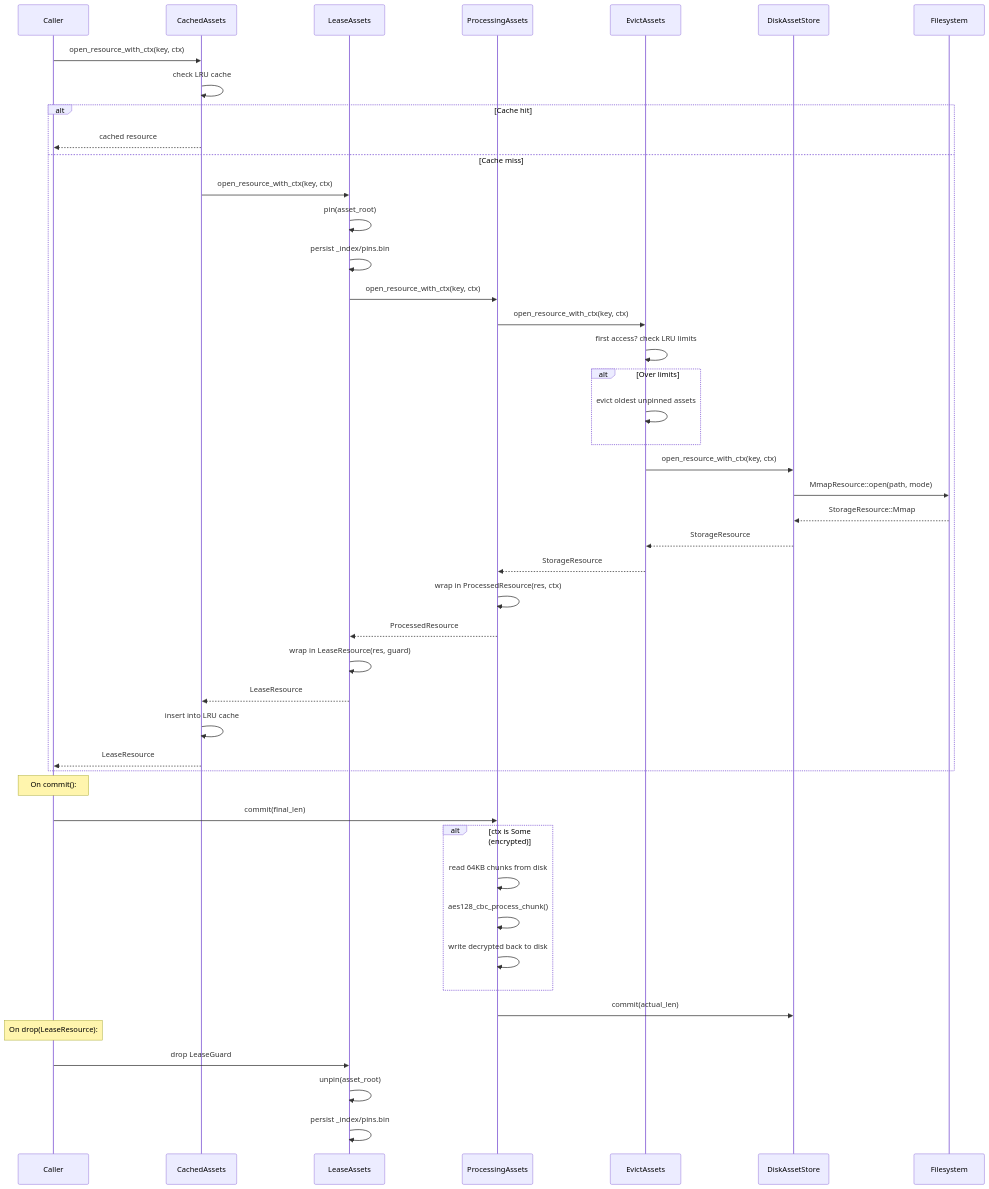
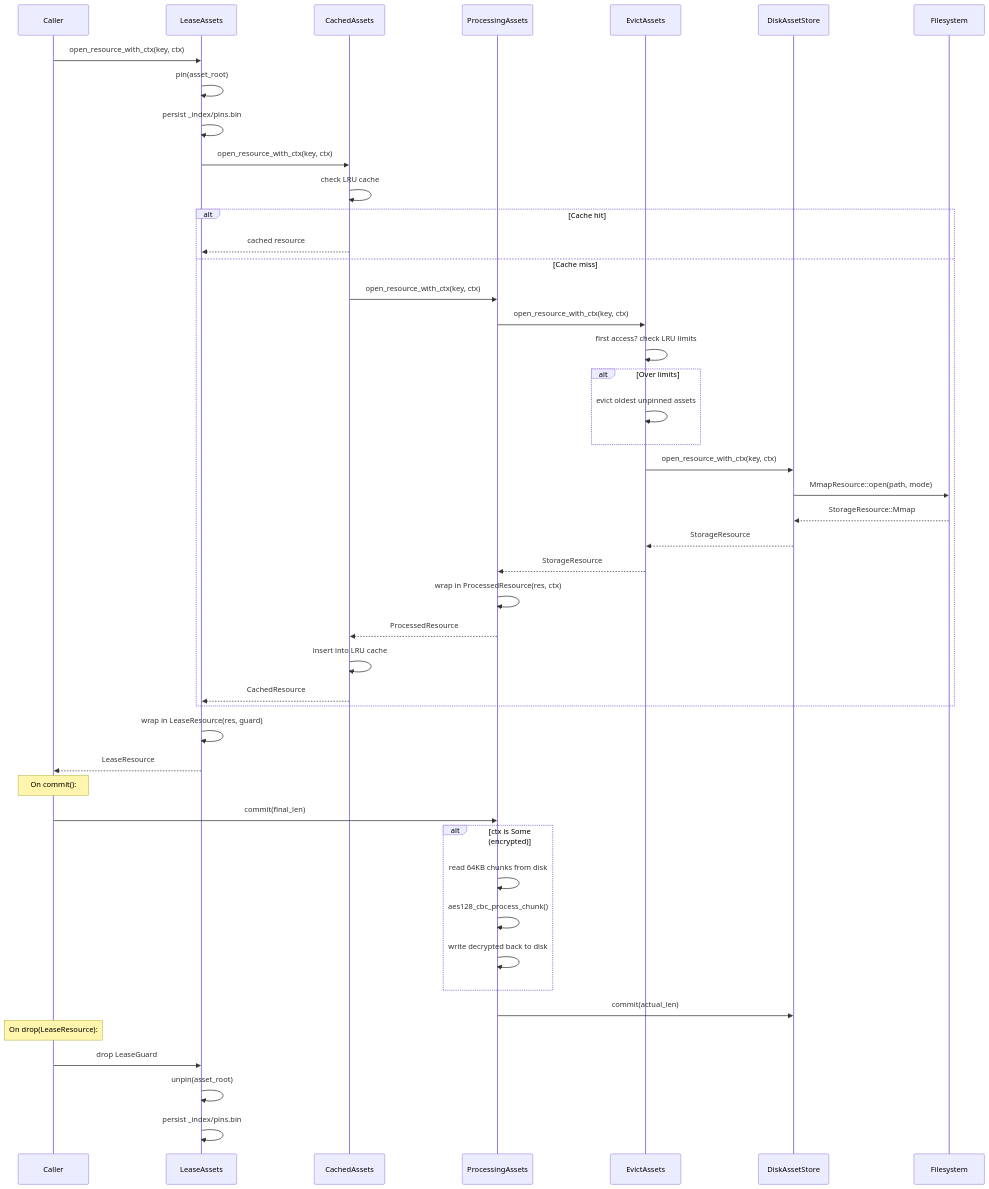
Before and after one commit to zvuk/kithara: the diagram in crates/kithara-assets/CONTEXT.md, drawn with Mermaid. The commit also changed other lines of this file and 303 other files, not shown here.

````diff
--- a/crates/kithara-assets/CONTEXT.md
+++ b/crates/kithara-assets/CONTEXT.md
@@ -43,51 +43,51 @@
 ```mermaid
 sequenceDiagram
     participant Caller
+    participant Lease as LeaseAssets
     participant Cache as CachedAssets
-    participant Lease as LeaseAssets
     participant Proc as ProcessingAssets
     participant Evict as EvictAssets
     participant Disk as DiskAssetStore
     participant FS as Filesystem
 
-    Caller->>Cache: open_resource_with_ctx(key, ctx)
+    Caller->>Lease: open_resource_with_ctx(key, ctx)
+    Lease->>Lease: pin(asset_root)
+    Lease->>Lease: persist _index/pins.bin
+    Lease->>Cache: open_resource_with_ctx(key, ctx)
     Cache->>Cache: check LRU cache
     alt Cache hit
-        Cache-->>Caller: cached resource
+        Cache-->>Lease: cached resource
     else Cache miss
-        Cache->>Lease: open_resource_with_ctx(key, ctx)
-        Lease->>Lease: pin(asset_root)
-        Lease->>Lease: persist _index/pins.bin
-        Lease->>Proc: open_resource_with_ctx(key, ctx)
+        Cache->>Proc: open_resource_with_ctx(key, ctx)
         Proc->>Evict: open_resource_with_ctx(key, ctx)
         Evict->>Evict: first access? check LRU limits
         alt Over limits
             Evict->>Evict: evict oldest unpinned assets
         end
         Evict->>Disk: open_resource_with_ctx(key, ctx)
         Disk->>FS: MmapResource::open(path, mode)
         FS-->>Disk: StorageResource::Mmap
         Disk-->>Evict: StorageResource
         Evict-->>Proc: StorageResource
         Proc->>Proc: wrap in ProcessedResource(res, ctx)
-        Proc-->>Lease: ProcessedResource
-        Lease->>Lease: wrap in LeaseResource(res, guard)
-        Lease-->>Cache: LeaseResource
+        Proc-->>Cache: ProcessedResource
         Cache->>Cache: insert into LRU cache
-        Cache-->>Caller: LeaseResource
+        Cache-->>Lease: CachedResource
     end
+    Lease->>Lease: wrap in LeaseResource(res, guard)
+    Lease-->>Caller: LeaseResource
 
     Note over Caller: On commit():
     Caller->>Proc: commit(final_len)
     alt ctx is Some (encrypted)
         Proc->>Proc: read 64KB chunks from disk
         Proc->>Proc: aes128_cbc_process_chunk()
         Proc->>Proc: write decrypted back to disk
     end
     Proc->>Disk: commit(actual_len)
 
     Note over Caller: On drop(LeaseResource):
     Caller->>Lease: drop LeaseGuard
     Lease->>Lease: unpin(asset_root)
     Lease->>Lease: persist _index/pins.bin
 ```
````
